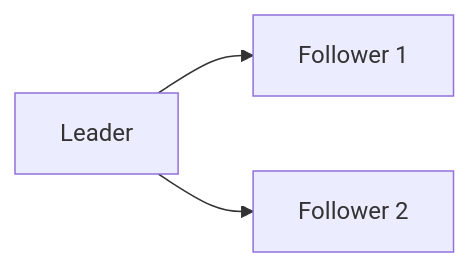
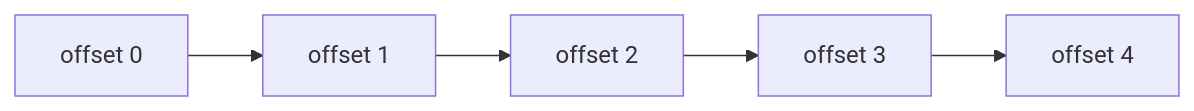
Before and after one commit to mthaiseer/springcloud-systemdesign-notes: diagram 14 of 47 in HLD_NOTES/004_INTERVIEW_PROBLEMS/016_distributed_message_queue_notes.md, drawn with Mermaid. The commit also changed other lines of this file, not shown here.

````diff
--- a/HLD_NOTES/004_INTERVIEW_PROBLEMS/016_distributed_message_queue_notes.md
+++ b/HLD_NOTES/004_INTERVIEW_PROBLEMS/016_distributed_message_queue_notes.md
@@ -151,5 +406,4 @@
 ```mermaid
 flowchart LR
-    Leader --> F1[Follower 1]
-    Leader --> F2[Follower 2]
+    M0[offset 0] --> M1[offset 1] --> M2[offset 2] --> M3[offset 3] --> M4[offset 4]
 ```
````
